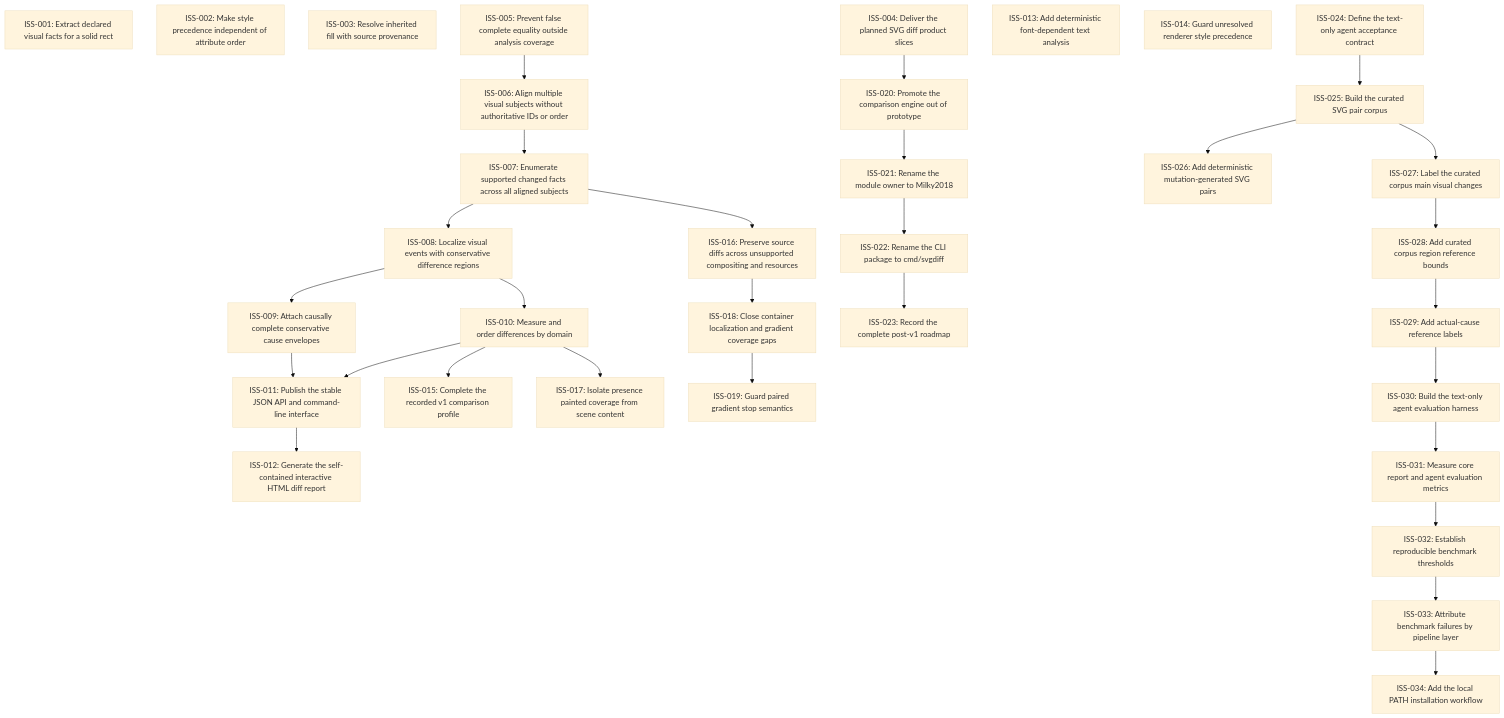
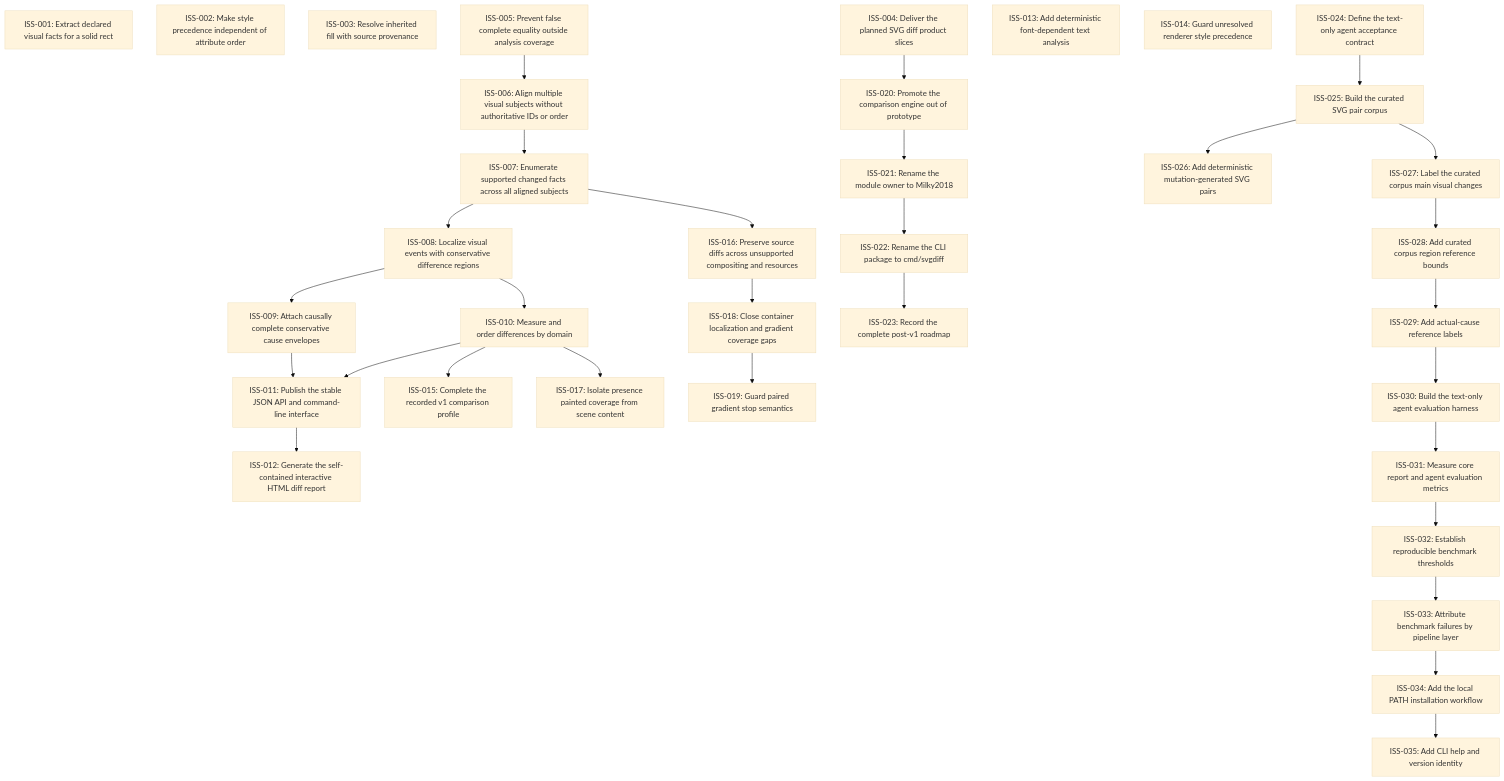
Before and after one commit to moonbit-community/svgdiff: the diagram in issues/README.md, drawn with Mermaid (base theme). The commit also changed 7 other files, not shown here.

Commit message:
Add CLI help and version identity

````diff
--- a/issues/README.md
+++ b/issues/README.md
@@ -18,64 +18,66 @@
 ```mermaid
 graph TD
   ISS_001["ISS-001: Extract declared visual facts for a solid rect"]
   ISS_002["ISS-002: Make style precedence independent of attribute order"]
   ISS_003["ISS-003: Resolve inherited fill with source provenance"]
   ISS_004["ISS-004: Deliver the planned SVG diff product slices"]
   ISS_005["ISS-005: Prevent false complete equality outside analysis coverage"]
   ISS_006["ISS-006: Align multiple visual subjects without authoritative IDs or order"]
   ISS_007["ISS-007: Enumerate supported changed facts across all aligned subjects"]
   ISS_008["ISS-008: Localize visual events with conservative difference regions"]
   ISS_009["ISS-009: Attach causally complete conservative cause envelopes"]
   ISS_010["ISS-010: Measure and order differences by domain"]
   ISS_011["ISS-011: Publish the stable JSON API and command-line interface"]
   ISS_012["ISS-012: Generate the self-contained interactive HTML diff report"]
   ISS_013["ISS-013: Add deterministic font-dependent text analysis"]
   ISS_014["ISS-014: Guard unresolved renderer style precedence"]
   ISS_015["ISS-015: Complete the recorded v1 comparison profile"]
   ISS_016["ISS-016: Preserve source diffs across unsupported compositing and resources"]
   ISS_017["ISS-017: Isolate presence painted coverage from scene content"]
   ISS_018["ISS-018: Close container localization and gradient coverage gaps"]
   ISS_019["ISS-019: Guard paired gradient stop semantics"]
   ISS_020["ISS-020: Promote the comparison engine out of prototype"]
   ISS_021["ISS-021: Rename the module owner to Milky2018"]
   ISS_022["ISS-022: Rename the CLI package to cmd/svgdiff"]
   ISS_023["ISS-023: Record the complete post-v1 roadmap"]
   ISS_024["ISS-024: Define the text-only agent acceptance contract"]
   ISS_025["ISS-025: Build the curated SVG pair corpus"]
   ISS_026["ISS-026: Add deterministic mutation-generated SVG pairs"]
   ISS_027["ISS-027: Label the curated corpus main visual changes"]
   ISS_028["ISS-028: Add curated corpus region reference bounds"]
   ISS_029["ISS-029: Add actual-cause reference labels"]
   ISS_030["ISS-030: Build the text-only agent evaluation harness"]
   ISS_031["ISS-031: Measure core report and agent evaluation metrics"]
   ISS_032["ISS-032: Establish reproducible benchmark thresholds"]
   ISS_033["ISS-033: Attribute benchmark failures by pipeline layer"]
   ISS_034["ISS-034: Add the local PATH installation workflow"]
+  ISS_035["ISS-035: Add CLI help and version identity"]
   ISS_005 --> ISS_006
   ISS_006 --> ISS_007
   ISS_007 --> ISS_008
   ISS_008 --> ISS_009
   ISS_008 --> ISS_010
   ISS_009 --> ISS_011
   ISS_010 --> ISS_011
   ISS_011 --> ISS_012
   ISS_010 --> ISS_015
   ISS_007 --> ISS_016
   ISS_010 --> ISS_017
   ISS_016 --> ISS_018
   ISS_018 --> ISS_019
   ISS_004 --> ISS_020
   ISS_020 --> ISS_021
   ISS_021 --> ISS_022
   ISS_022 --> ISS_023
   ISS_024 --> ISS_025
   ISS_025 --> ISS_026
   ISS_025 --> ISS_027
   ISS_027 --> ISS_028
   ISS_028 --> ISS_029
   ISS_029 --> ISS_030
   ISS_030 --> ISS_031
   ISS_031 --> ISS_032
   ISS_032 --> ISS_033
   ISS_033 --> ISS_034
+  ISS_034 --> ISS_035
 ```
````
